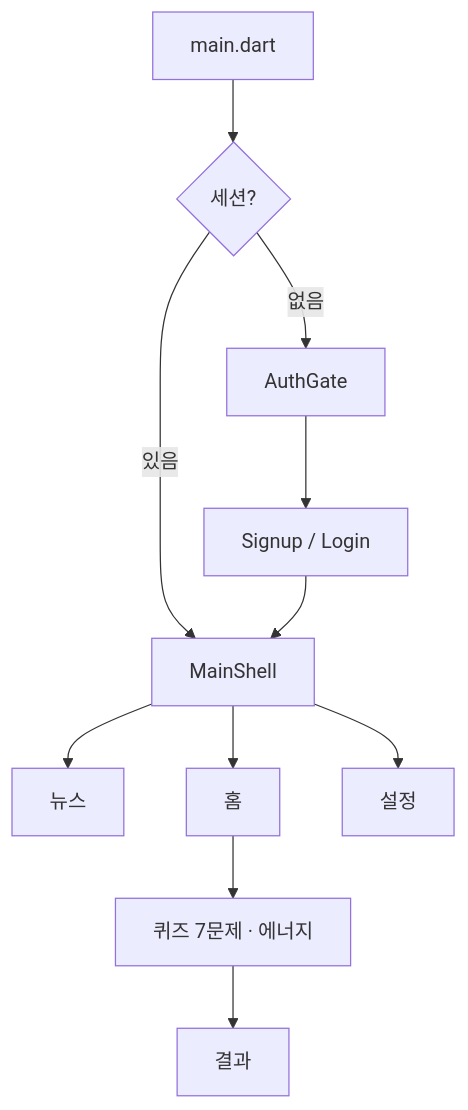
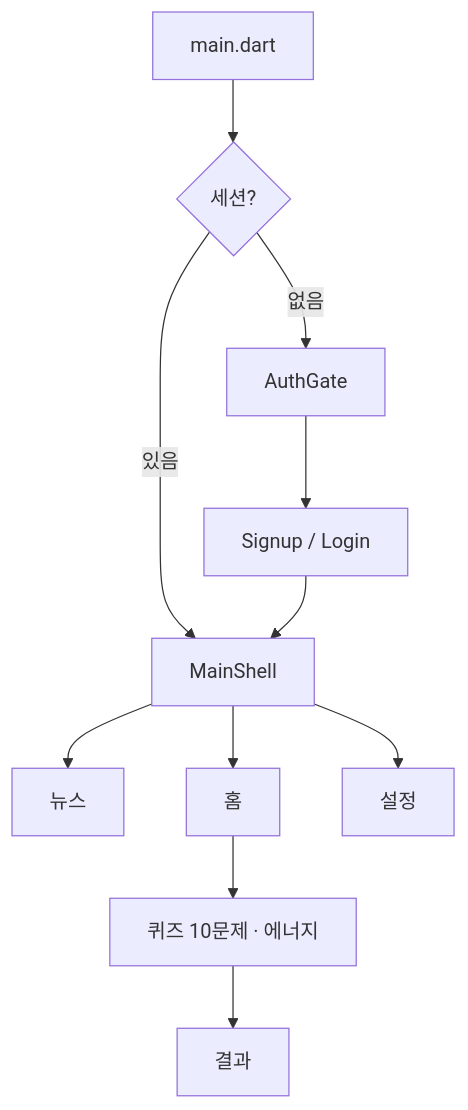
One commit to gayun829/hamfinz changed the diagram in README.md. Above: the diagram before and after it, drawn with Mermaid. The commit also changed 10 other files, not shown here.

````diff
--- a/README.md
+++ b/README.md
@@ -46,13 +46,13 @@
 ```mermaid
 flowchart TD
   A[main.dart] --> B{세션?}
   B -->|없음| C[AuthGate]
   B -->|있음| D[MainShell]
   C --> E[Signup / Login]
   E --> D
   D --> N[뉴스]
   D --> H[홈]
   D --> S[설정]
-  H --> Q[퀴즈 7문제 · 에너지]
+  H --> Q[퀴즈 10문제 · 에너지]
   Q --> R[결과]
 ```
````
